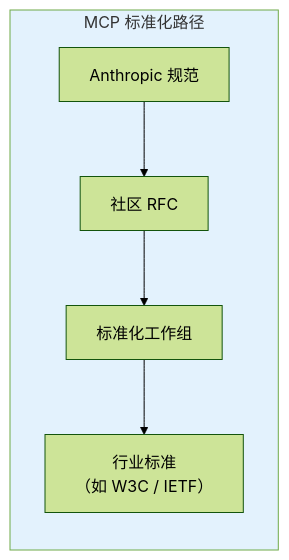
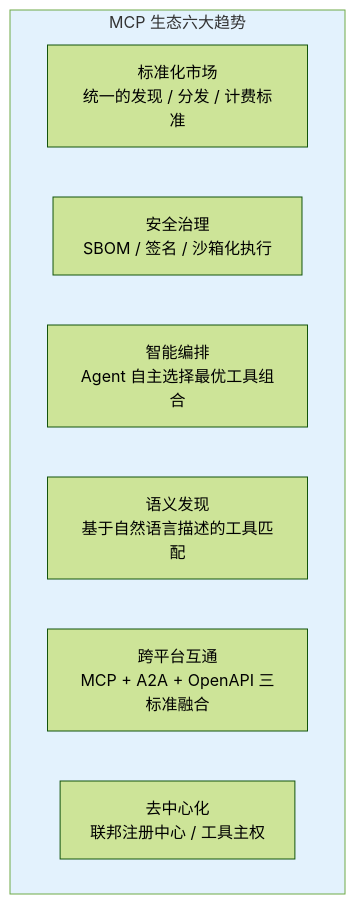
Before and after one commit to UranusGit/java-agent-learn: diagram 21 of 21 in docs/前沿/04-MCP生态全景.md, drawn with Mermaid (forest theme). The commit also changed other lines of this file and 4 other files, not shown here.

````diff
--- a/docs/前沿/04-MCP生态全景.md
+++ b/docs/前沿/04-MCP生态全景.md
@@ -520,10 +873,13 @@
 ```mermaid
-graph LR
-    subgraph 标准化["MCP 标准化路径"]
-        S1["Anthropic 规范"] --> S2["社区 RFC"]
-        S2 --> S3["标准化工作组"]
-        S3 --> S4["行业标准<br/>（如 W3C / IETF）"]
+graph TB
+    subgraph 趋势["MCP 生态六大趋势"]
+        T1["标准化市场<br/>统一的发现 / 分发 / 计费标准"]
+        T2["安全治理<br/>SBOM / 签名 / 沙箱化执行"]
+        T3["智能编排<br/>Agent 自主选择最优工具组合"]
+        T4["语义发现<br/>基于自然语言描述的工具匹配"]
+        T5["跨平台互通<br/>MCP + A2A + OpenAPI 三标准融合"]
+        T6["去中心化<br/>联邦注册中心 / 工具主权"]
     end
 
-    style 标准化 fill:#e3f2fd
+    style 趋势 fill:#e3f2fd
 ```
````
